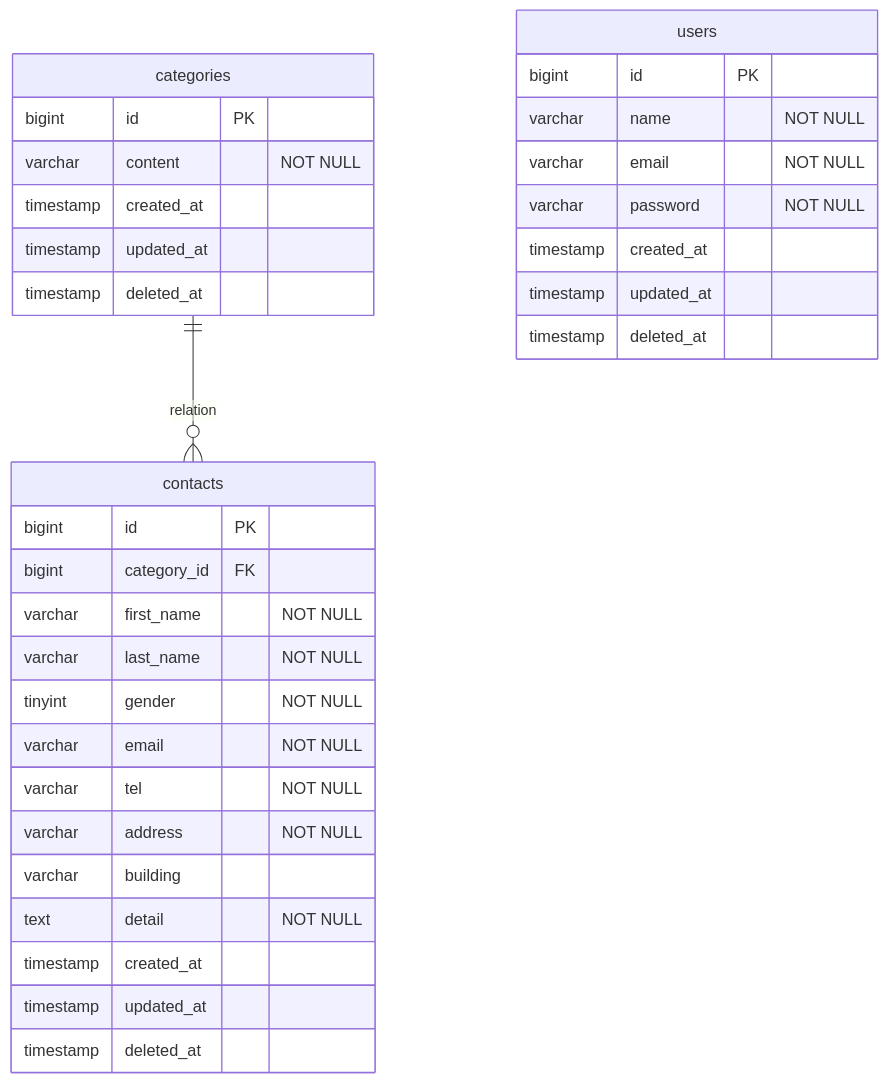
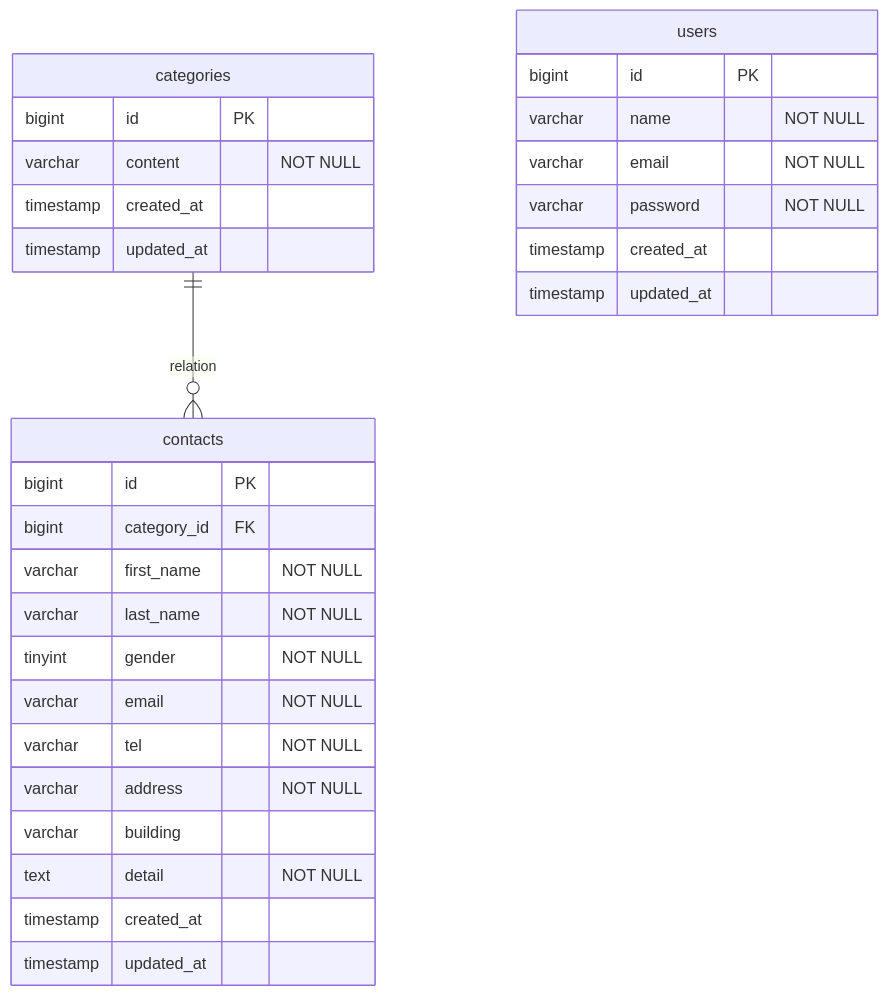
One commit to rikom20/contact-form-app changed the diagram in README.md. Above: the diagram before and after it, drawn with Mermaid. The commit also changed 2 other files, not shown here.

Commit message:
ER図の編集

````diff
--- a/README.md
+++ b/README.md
@@ -33,35 +33,32 @@
 ```mermaid
 erDiagram
     categories ||--o{ contacts : "relation"
     categories {
         bigint id PK
         varchar content "NOT NULL"
         timestamp created_at
         timestamp updated_at
-        timestamp deleted_at
     }
     contacts {
         bigint id PK
         bigint category_id FK
         varchar first_name "NOT NULL"
         varchar last_name "NOT NULL"
         tinyint gender "NOT NULL"
         varchar email "NOT NULL"
         varchar tel "NOT NULL"
         varchar address "NOT NULL"
         varchar building
         text detail "NOT NULL"
         timestamp created_at
         timestamp updated_at
-        timestamp deleted_at
     }
     users {
         bigint id PK
         varchar name "NOT NULL"
         varchar email "NOT NULL"
         varchar password "NOT NULL"
         timestamp created_at
         timestamp updated_at
-        timestamp deleted_at
     }
 ```
````
